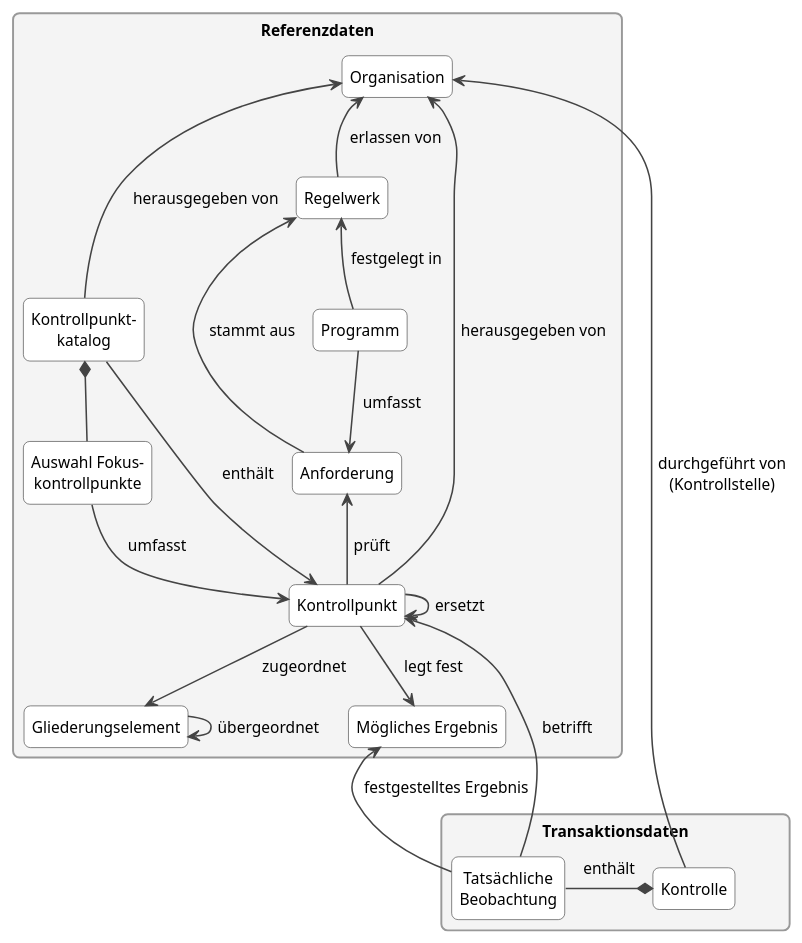
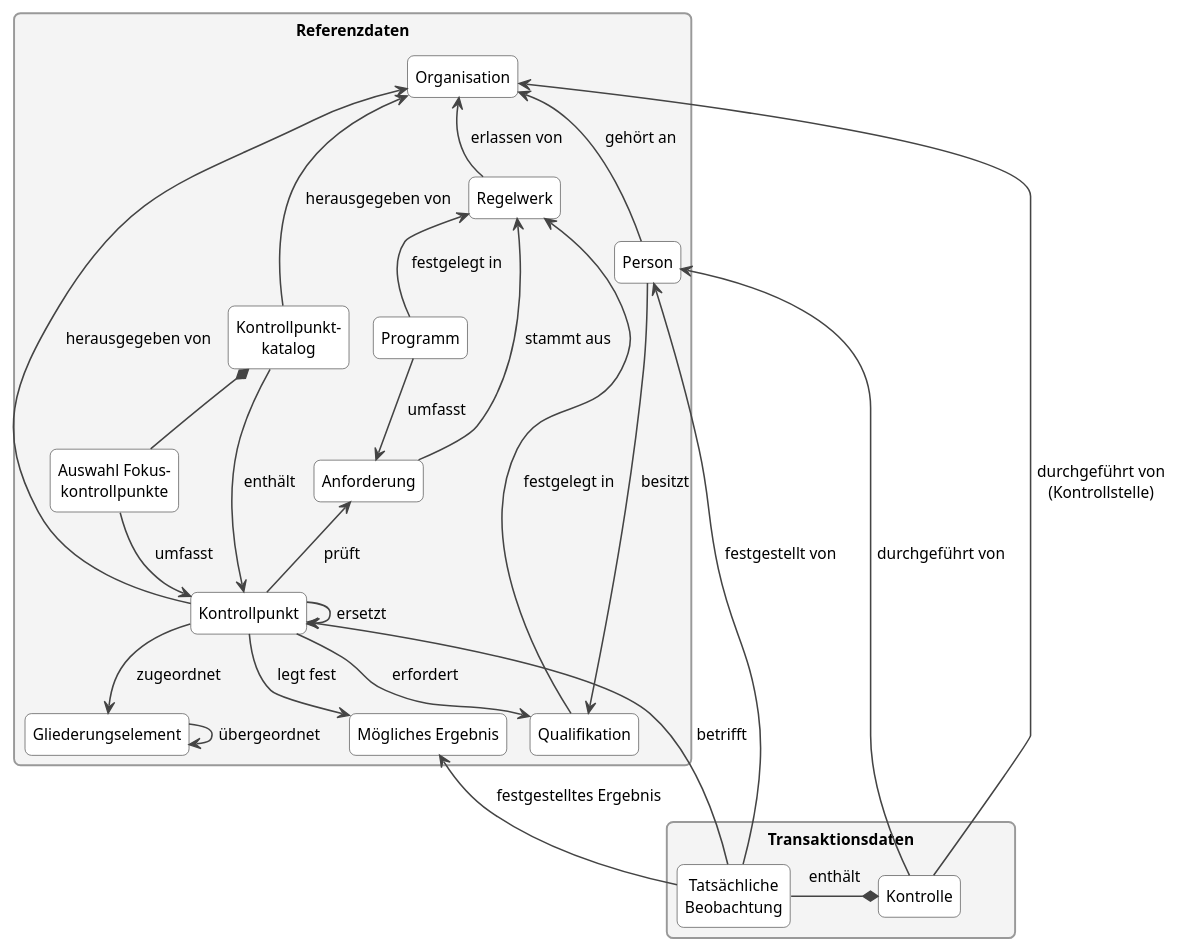
Before and after one commit to Persilian/eCH-0264: the diagram in docs/de/assets/puml/conceptual_model.puml, drawn with PlantUML. The commit also changed 3 other files, not shown here.

First line of the commit message:
Add Qualifikation and Person to the data model

```diff
--- a/docs/de/assets/puml/conceptual_model.puml
+++ b/docs/de/assets/puml/conceptual_model.puml
@@ -5,54 +5,62 @@
 @startuml
 !pragma layout smetana
 skinparam shadowing false
 skinparam roundCorner 10
 skinparam packageStyle rectangle
 skinparam defaultFontSize 12
 skinparam Padding 3
 skinparam ArrowColor #444444
 skinparam ArrowThickness 1.2
 skinparam classBorderColor #444444
 skinparam classBackgroundColor #FFFFFF
 skinparam packageBorderColor #999999
 skinparam packageBackgroundColor #F4F4F4
 hide circle
 hide empty members
 
 package "Referenzdaten" as REF {
   class "Organisation" as ORG
+  class "Person" as PER
+  class "Qualifikation" as QUA
   class "Regelwerk" as RW
   class "Anforderung" as ANF
   class "Programm" as PRG
   class "Kontrollpunkt" as KP
   class "Mögliches Ergebnis" as ERG
   class "Gliederungselement" as GE
   class "Kontrollpunkt-\nkatalog" as KAT
   class "Auswahl Fokus-\nkontrollpunkte" as FKP
 
   RW -up-> ORG : erlassen von
   ANF -up-> RW : stammt aus
   PRG -up-> RW : festgelegt in
   PRG --> ANF : umfasst
   KP -up-> ANF : prüft
   KP -up-> ORG : herausgegeben von
   KP -down-> ERG : legt fest
   KP --> GE : zugeordnet
   GE --> GE : übergeordnet
   KP --> KP : ersetzt
   KAT --> KP : enthält
   KAT -up-> ORG : herausgegeben von
   KAT *-- FKP
   FKP --> KP : umfasst
+  KP --> QUA : erfordert
+  QUA -up-> RW : festgelegt in
+  PER -up-> ORG : gehört an
+  PER --> QUA : besitzt
 }
 
 package "Transaktionsdaten" as TRX {
   class "Kontrolle" as KON
   class "Tatsächliche\nBeobachtung" as BEO
   KON *-right- BEO : enthält
 }
 
 BEO -up-> KP : betrifft
 BEO -up-> ERG : festgestelltes Ergebnis
 KON -up-> ORG : durchgeführt von\n(Kontrollstelle)
+KON -up-> PER : durchgeführt von
+BEO -up-> PER : festgestellt von
 REF -[hidden]down- TRX
 @enduml
```
